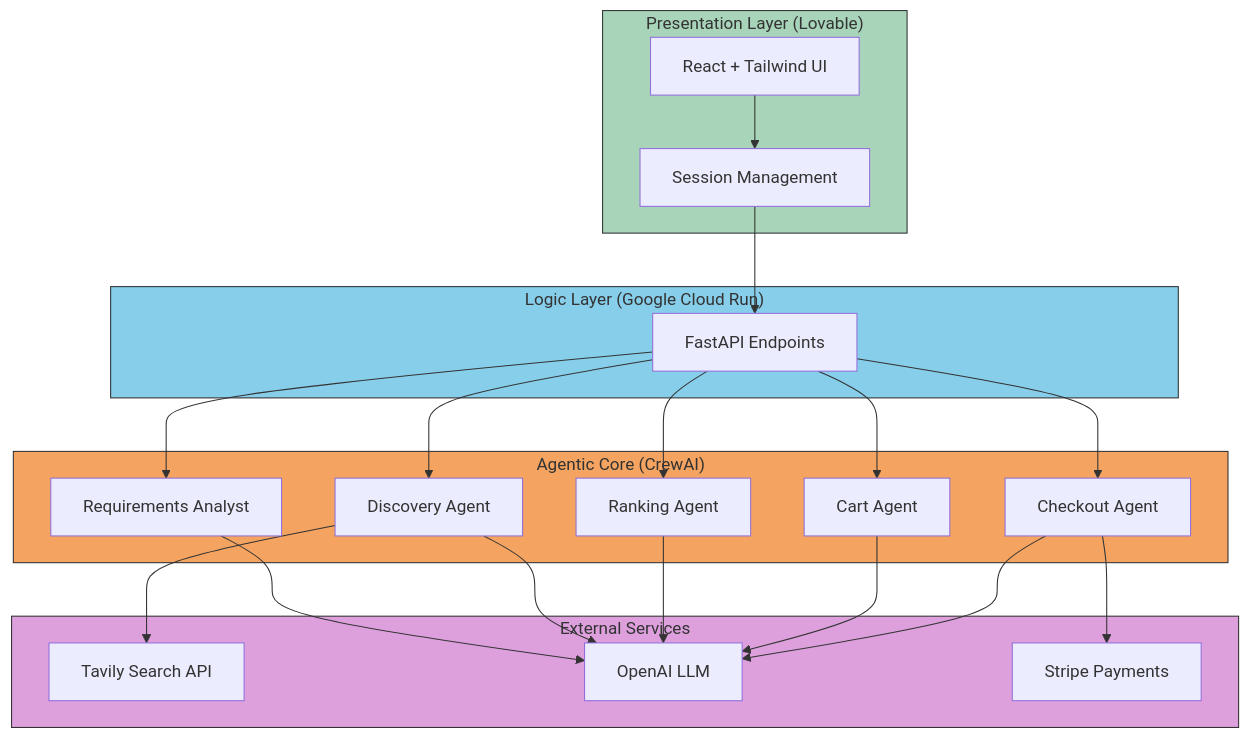
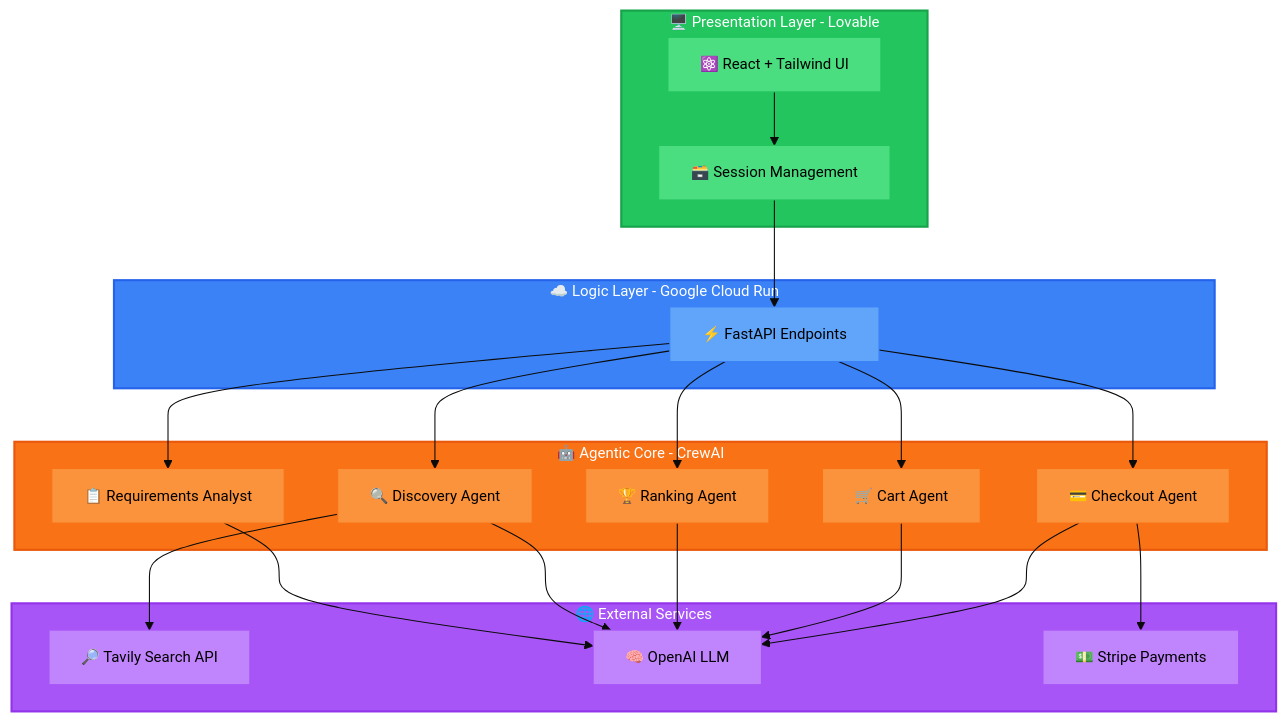
One commit to MananCoder29/Hack-Nation-Hackathon-2k26 changed the second of 2 diagrams in README.md. Above: the diagram before and after it, drawn with Mermaid. The commit also changed other lines of this file, not shown here.

````diff
--- a/README.md
+++ b/README.md
@@ -262,46 +274,59 @@
 ```mermaid
+%%{init: {'theme': 'base', 'themeVariables': { 'fontSize': '14px'}}}%%
 flowchart TB
-    subgraph Presentation["Presentation Layer (Lovable)"]
-        UI["React + Tailwind UI"]
-        Session["Session Management"]
+    subgraph Presentation["🖥️ Presentation Layer - Lovable"]
+        UI["⚛️ React + Tailwind UI"]
+        Session["🗃️ Session Management"]
     end
 
-    subgraph Logic["Logic Layer (Google Cloud Run)"]
-        API["FastAPI Endpoints"]
+    subgraph Logic["☁️ Logic Layer - Google Cloud Run"]
+        API["⚡ FastAPI Endpoints"]
     end
 
-    subgraph Agentic["Agentic Core (CrewAI)"]
-        RA["Requirements Analyst"]
-        DA["Discovery Agent"]
-        RankA["Ranking Agent"]
-        CA["Cart Agent"]
-        ChA["Checkout Agent"]
+    subgraph Agentic["🤖 Agentic Core - CrewAI"]
+        RA["📋 Requirements Analyst"]
+        DA["🔍 Discovery Agent"]
+        RankA["🏆 Ranking Agent"]
+        CA["🛒 Cart Agent"]
+        ChA["💳 Checkout Agent"]
     end
 
-    subgraph External["External Services"]
-        Tavily["Tavily Search API"]
-        OpenAI["OpenAI LLM"]
-        Stripe["Stripe Payments"]
+    subgraph External["🌐 External Services"]
+        Tavily["🔎 Tavily Search API"]
+        OpenAI["🧠 OpenAI LLM"]
+        Stripe["💵 Stripe Payments"]
     end
 
     UI --> Session
     Session --> API
     API --> RA
     API --> DA
     API --> RankA
     API --> CA
     API --> ChA
 
     RA --> OpenAI
     DA --> Tavily
     DA --> OpenAI
     RankA --> OpenAI
     CA --> OpenAI
     ChA --> Stripe
     ChA --> OpenAI
 
-    style Presentation fill:#a8d5ba,stroke:#333
-    style Logic fill:#87ceeb,stroke:#333
-    style Agentic fill:#f4a460,stroke:#333
-    style External fill:#dda0dd,stroke:#333
+    style Presentation fill:#22C55E,stroke:#16A34A,stroke-width:2px,color:#fff
+    style Logic fill:#3B82F6,stroke:#2563EB,stroke-width:2px,color:#fff
+    style Agentic fill:#F97316,stroke:#EA580C,stroke-width:2px,color:#fff
+    style External fill:#A855F7,stroke:#9333EA,stroke-width:2px,color:#fff
+    
+    style UI fill:#4ADE80,stroke:#22C55E,color:#000
+    style Session fill:#4ADE80,stroke:#22C55E,color:#000
+    style API fill:#60A5FA,stroke:#3B82F6,color:#000
+    style RA fill:#FB923C,stroke:#F97316,color:#000
+    style DA fill:#FB923C,stroke:#F97316,color:#000
+    style RankA fill:#FB923C,stroke:#F97316,color:#000
+    style CA fill:#FB923C,stroke:#F97316,color:#000
+    style ChA fill:#FB923C,stroke:#F97316,color:#000
+    style Tavily fill:#C084FC,stroke:#A855F7,color:#000
+    style OpenAI fill:#C084FC,stroke:#A855F7,color:#000
+    style Stripe fill:#C084FC,stroke:#A855F7,color:#000
 ```
````
